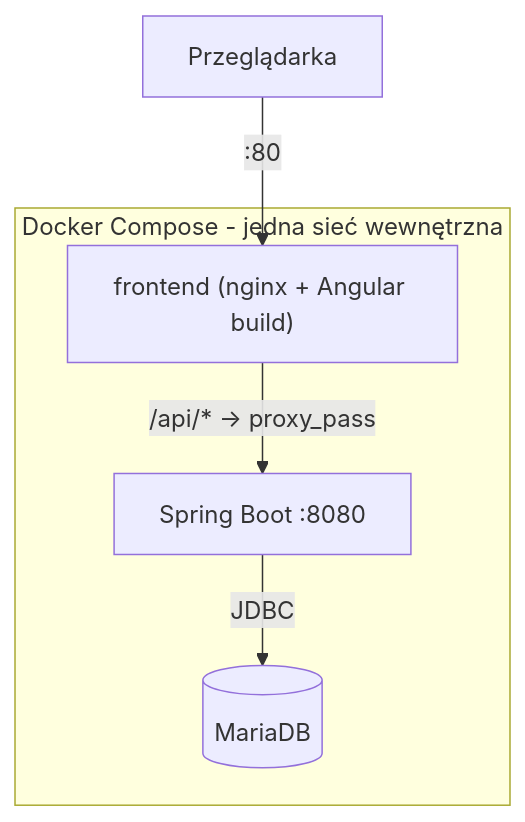
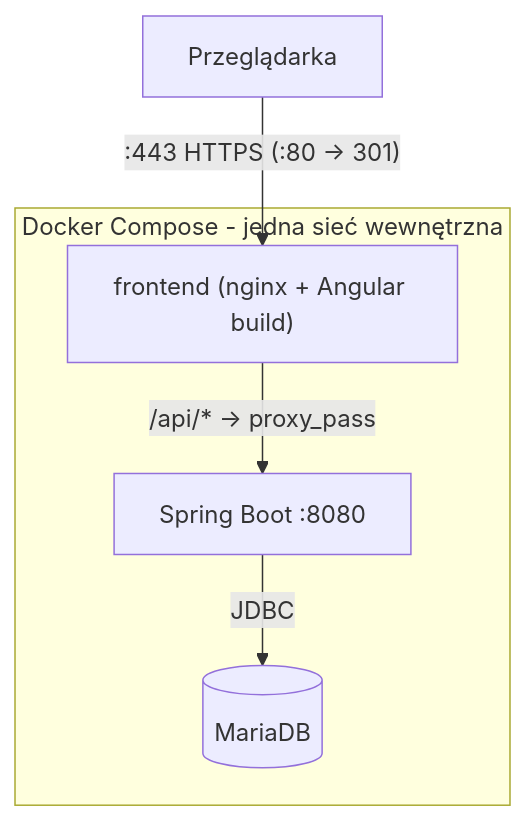
Before and after one commit to Jaro29/book-library-api: the diagram in README.md, drawn with Mermaid. The commit also changed other lines of this file and 2 other files, not shown here.

Commit message:
Fix stale infrastructure docs: five compose services, ports 80/443, HTTPS in the architecture diagram, certificate renewal and nginx reload (#69)
PROGRESS.md still described three services and a single exposed port 80, claimed restart: unless-stopped on every service (the one-off certbot has none) and said production had been running for a few days. README.md showed the browser reaching nginx on :80 and lacked the certificate reload pitfall from incident #8. DEPLOYMENT.md listed the first certificate's expiry date as if it were current.

````diff
--- a/README.md
+++ b/README.md
@@ -28,12 +28,12 @@
 ```mermaid
 flowchart TD
-    User[Przeglądarka] -->|":80"| Nginx["frontend (nginx + Angular build)"]
+    User[Przeglądarka] -->|":443 HTTPS (:80 → 301)"| Nginx["frontend (nginx + Angular build)"]
     Nginx -->|"/api/* → proxy_pass"| Backend[Spring Boot :8080]
     Backend -->|JDBC| DB[(MariaDB)]
 
     subgraph "Docker Compose - jedna sieć wewnętrzna"
         Nginx
         Backend
         DB
     end
 ```
````
